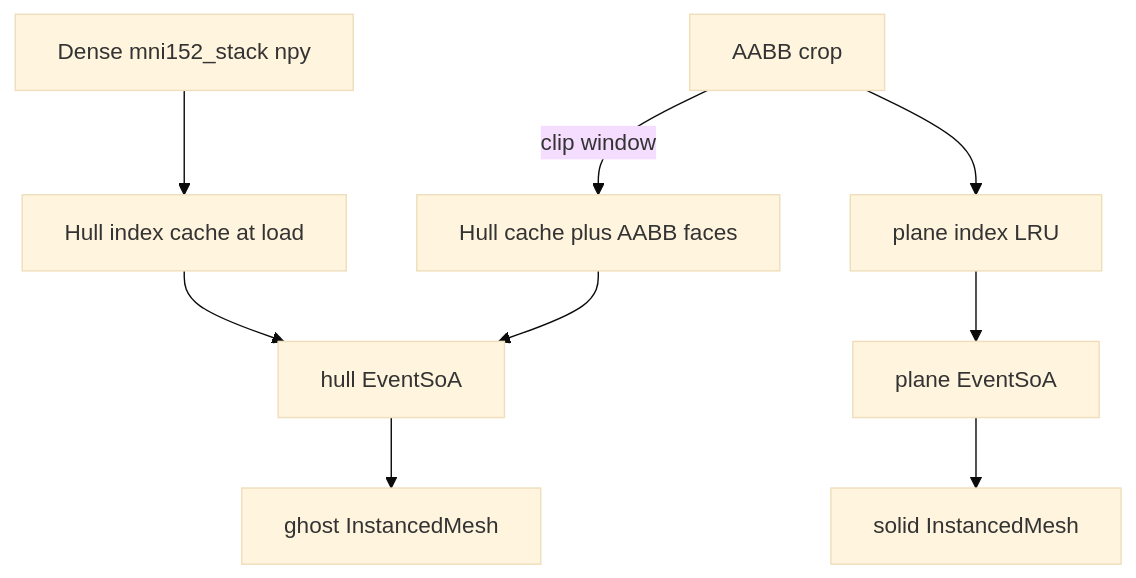
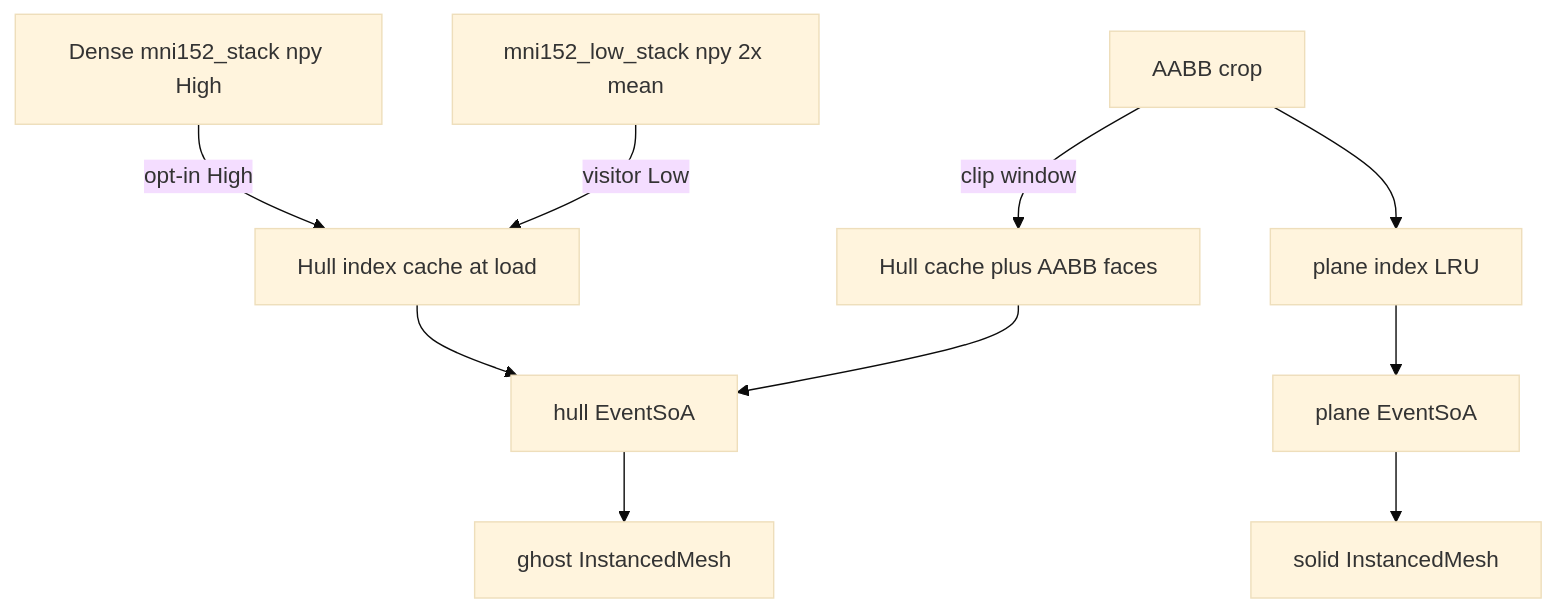
Before and after one commit to PiMaV/DONNER: diagram 30 of 33 in architecture.md, drawn with Mermaid (base theme). The commit also changed other lines of this file and 19 other files, not shown here.

Commit message:
Ship a 2×-binned Brain MRI Low as the visitor default so native High stays opt-in.

````diff
--- a/architecture.md
+++ b/architecture.md
@@ -1048,16 +1055,19 @@
 ```mermaid
 flowchart TB
-  dense[Dense mni152_stack npy]
+  dense[Dense mni152_stack npy High]
+  low[mni152_low_stack npy 2x mean]
   hull[Hull index cache at load]
   aabb[AABB crop]
   hullSoA[hull EventSoA]
   planeSoA[plane EventSoA]
   cache[plane index LRU]
   ghost[ghost InstancedMesh]
   solid[solid InstancedMesh]
-  dense --> hull --> hullSoA --> ghost
+  dense -->|"opt-in High"| hull
+  low -->|"visitor Low"| hull
+  hull --> hullSoA --> ghost
   aabb -->|clip window| faces[Hull cache plus AABB faces]
   faces --> hullSoA
   aabb --> cache
   cache --> planeSoA --> solid
 ```
````
